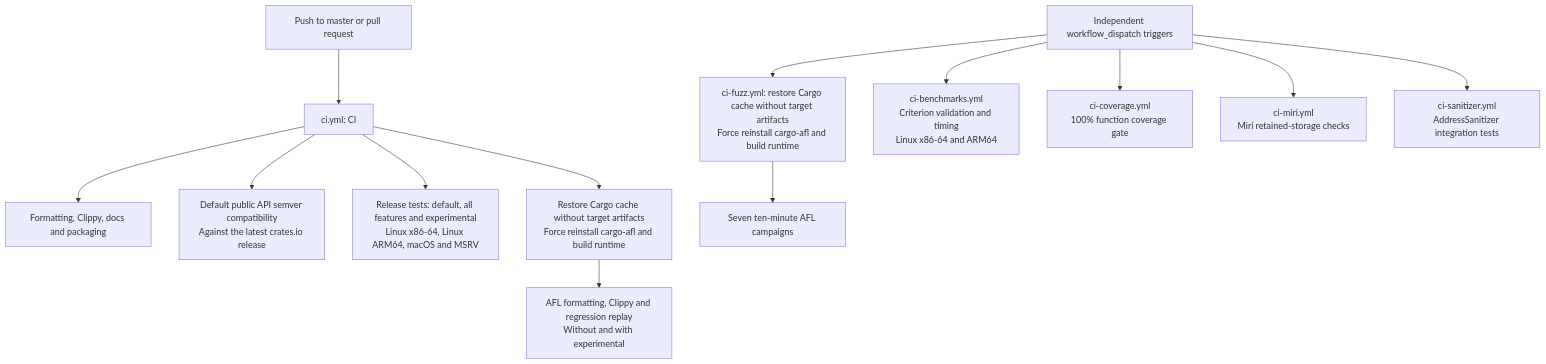
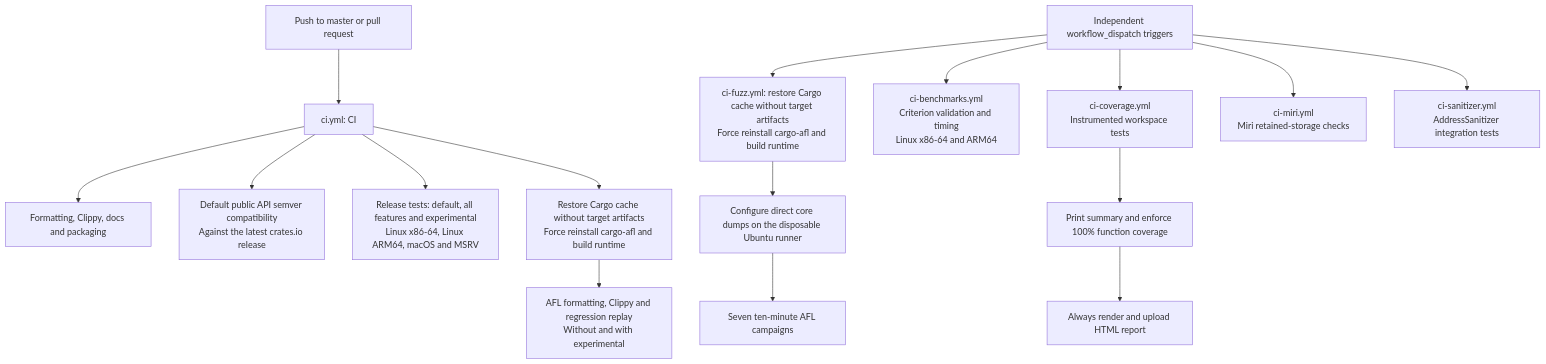
Before and after one commit to Mnwa/mbrotli: the diagram in architecture/ci.md, drawn with Mermaid. The commit also changed other lines of this file and 5 other files, not shown here.

````diff
--- a/architecture/ci.md
+++ b/architecture/ci.md
@@ -6,15 +6,18 @@
 ```mermaid
 flowchart TD
     automatic["Push to master or pull request"] --> fast["ci.yml: CI"]
     fast --> check["Formatting, Clippy, docs and packaging"]
     fast --> semver["Default public API semver compatibility<br/>Against the latest crates.io release"]
     fast --> tests["Release tests: default, all features and experimental<br/>Linux x86-64, Linux ARM64, macOS and MSRV"]
     fast --> replaySetup["Restore Cargo cache without target artifacts<br/>Force reinstall cargo-afl and build runtime"]
     replaySetup --> replay["AFL formatting, Clippy and regression replay<br/>Without and with experimental"]
     manual["Independent workflow_dispatch triggers"] --> fuzzSetup["ci-fuzz.yml: restore Cargo cache without target artifacts<br/>Force reinstall cargo-afl and build runtime"]
-    fuzzSetup --> fuzz["Seven ten-minute AFL campaigns"]
+    fuzzSetup --> crashSetup["Configure direct core dumps on the disposable Ubuntu runner"]
+    crashSetup --> fuzz["Seven ten-minute AFL campaigns"]
     manual --> bench["ci-benchmarks.yml<br/>Criterion validation and timing<br/>Linux x86-64 and ARM64"]
-    manual --> coverage["ci-coverage.yml<br/>100% function coverage gate"]
+    manual --> coverage["ci-coverage.yml<br/>Instrumented workspace tests"]
+    coverage --> coverageGate["Print summary and enforce 100% function coverage"]
+    coverageGate --> coverageReport["Always render and upload HTML report"]
     manual --> miri["ci-miri.yml<br/>Miri retained-storage checks"]
     manual --> asan["ci-sanitizer.yml<br/>AddressSanitizer integration tests"]
 ```
````
